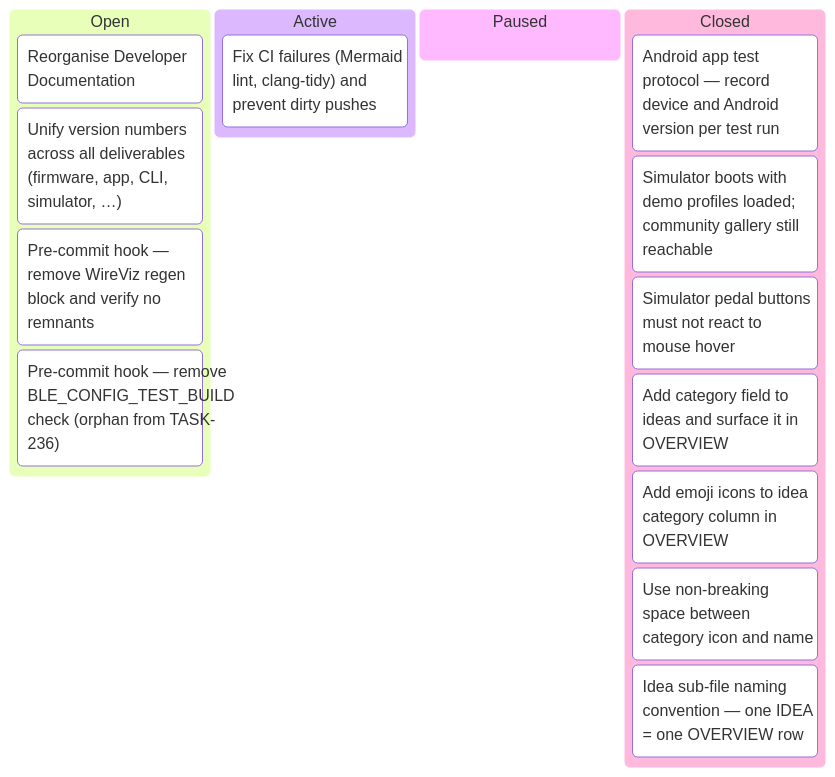
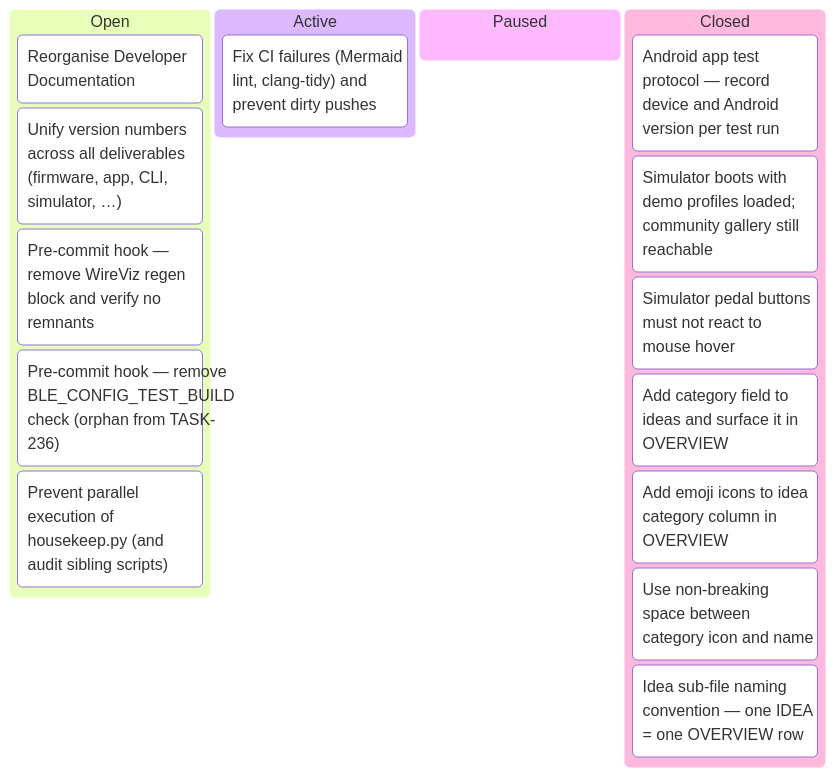
Before and after one commit to tgd1975/AwesomeStudioPedal: the sixth of 6 diagrams in docs/developers/tasks/KANBAN.md, drawn with Mermaid. The commit also changed other lines of this file and 5 other files, not shown here.

````diff
--- a/docs/developers/tasks/KANBAN.md
+++ b/docs/developers/tasks/KANBAN.md
@@ -91,19 +91,20 @@
 ```mermaid
 kanban
   Open
     TASK_148["Reorganise Developer Documentation"]
     TASK_260["Unify version numbers across all deliverables (firmware, app, CLI, simulator, …)"]
     TASK_319["Pre-commit hook — remove WireViz regen block and verify no remnants"]
     TASK_320["Pre-commit hook — remove BLE_CONFIG_TEST_BUILD check (orphan from TASK-236)"]
+    TASK_328["Prevent parallel execution of housekeep.py (and audit sibling scripts)"]
   Active
     TASK_321["Fix CI failures (Mermaid lint, clang-tidy) and prevent dirty pushes"]
   Paused
   Closed
     TASK_259["Android app test protocol — record device and Android version per test run"]
     TASK_303["Simulator boots with demo profiles loaded; community gallery still reachable"]
     TASK_304["Simulator pedal buttons must not react to mouse hover"]
     TASK_305["Add category field to ideas and surface it in OVERVIEW"]
     TASK_313["Add emoji icons to idea category column in OVERVIEW"]
     TASK_314["Use non-breaking space between category icon and name"]
     TASK_315["Idea sub-file naming convention — one IDEA = one OVERVIEW row"]
 ```
````
